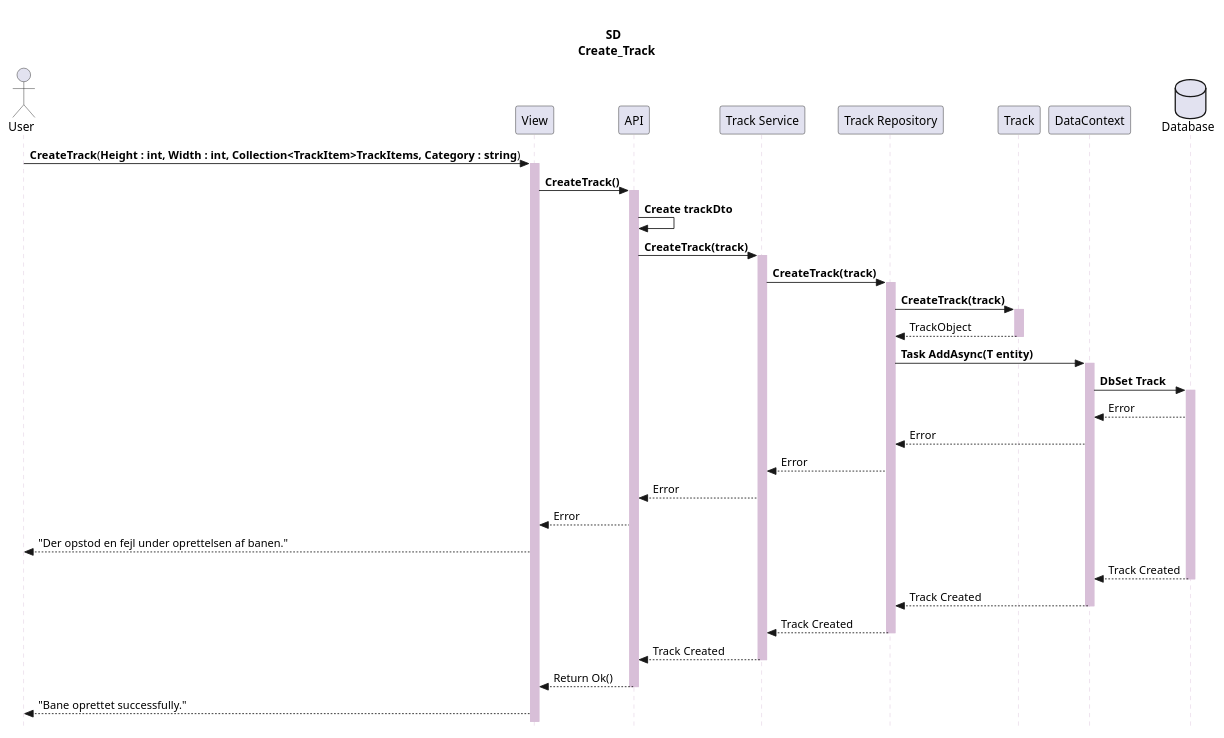
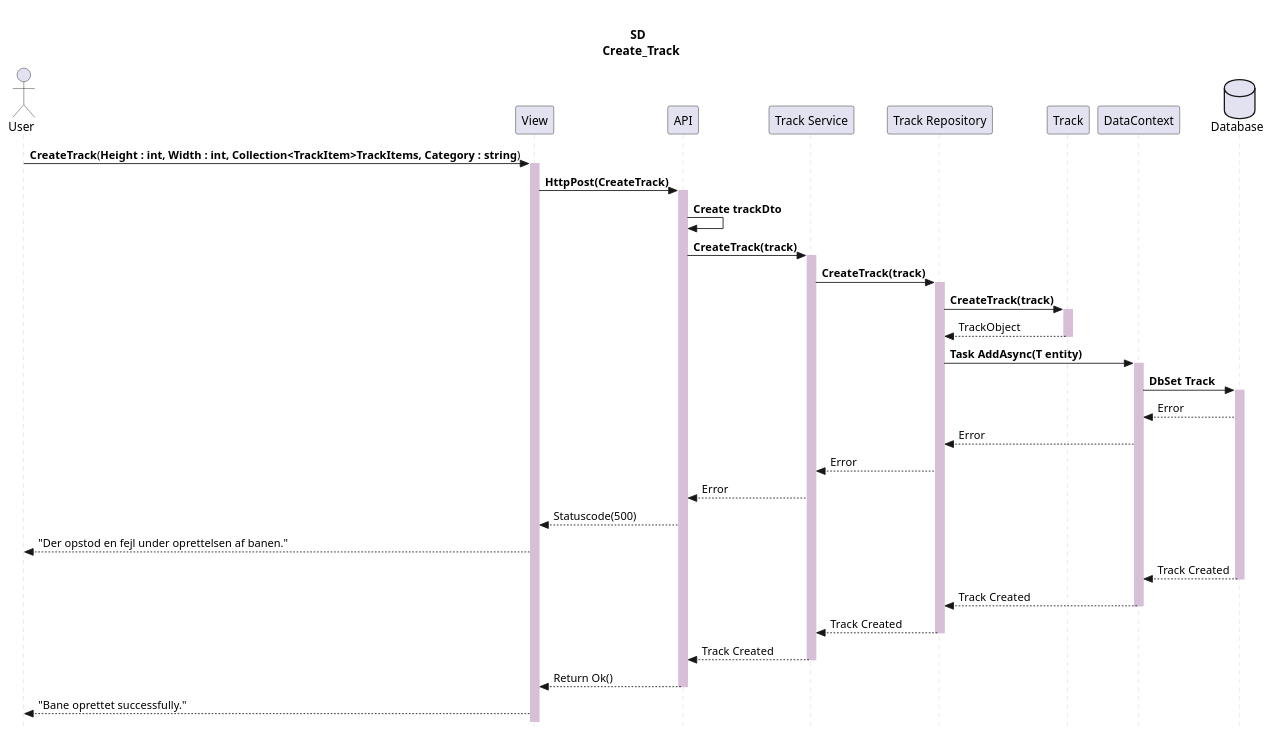
The diagram in Dokumentation/Scenarier/Baner/Development View/SD/CreateTrack.wsd (Team-1-ucl/DogApp), drawn with PlantUML before and after one commit. The commit also changed 1 other file, not shown here.

Commit message:
SD Create/Read

```diff
--- a/Dokumentation/Scenarier/Baner/Development View/SD/CreateTrack.wsd
+++ b/Dokumentation/Scenarier/Baner/Development View/SD/CreateTrack.wsd
@@ -1,60 +1,60 @@
 @startuml LavBane
 
 title \nSD\n  Create_Track
 skinparam SequenceGroupBorderThickness 0.01
 skinparam SequenceDividerBorderColor MediumPurple
 skinparam SequenceDividerBackgroundColor MediumPurple
 skinparam SequenceGroupBodyBackgroundColor MOTIVATION
 skinparam SequenceGroupFontColor DarkOrchid
 skinparam SequenceGroupBackgroundColor Thistle
 skinparam SequenceLifeLineBackgroundColor Thistle
 skinparam SequenceLifeLineBorderColor Thistle
 skinparam Style strictUML
 
 actor User
 participant "View" as UI
 participant "API" as Ap
 participant "Track Service" as Ts
 participant "Track Repository" as Tr
 participant "Track" as Track
 participant "DataContext" as Dc
 
 database "Database" as Db
 
 User -> UI : **CreateTrack**(**Height : int, Width : int, Collection<TrackItem>TrackItems, Category : string**)
 activate UI
-UI -> Ap : **CreateTrack()**
+UI -> Ap : **HttpPost(CreateTrack)**
 activate Ap
 Ap->Ap : **Create trackDto**
 Ap -> Ts :**CreateTrack(track)**
 activate Ts
 Ts -> Tr : **CreateTrack(track)**
 activate Tr
 Tr -> Track :**CreateTrack(track)**
 activate Track 
 Track --> Tr : TrackObject
 deactivate Track
 Tr -> Dc : **Task AddAsync(T entity)**
 activate Dc
 Dc -> Db : **DbSet Track**
 activate Db
 Db --> Dc : Error
 Dc --> Tr : Error
 Tr --> Ts : Error
 Ts --> Ap : Error
-Ap --> UI : Error
+Ap --> UI : Statuscode(500)
 UI --> User : "Der opstod en fejl under oprettelsen af banen."
 Db -->Dc : Track Created
 deactivate Db
 Dc -->Tr : Track Created
 deactivate Dc
 Tr-->Ts : Track Created
 deactivate Tr
 Ts-->Ap : Track Created
 deactivate Ts
 Ap--> UI : Return Ok()
 deactivate Ap
 
 UI --> User : "Bane oprettet successfully."
 
 @enduml
```
